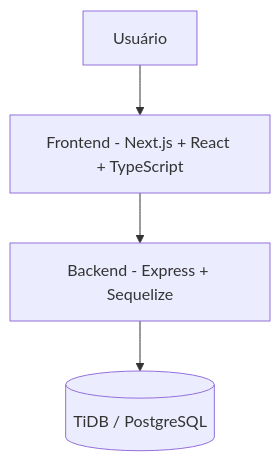
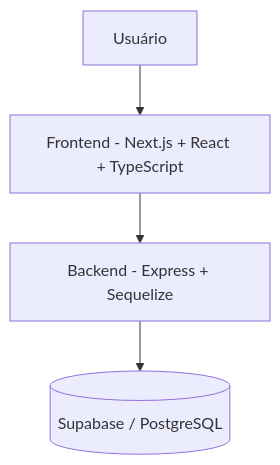
One commit to kadu2229/projeto-networking changed the diagram in Documents/Arquitetura.md. Above: the diagram before and after it, drawn with Mermaid. The commit also changed 15 other files, not shown here.

````diff
--- a/Documents/Arquitetura.md
+++ b/Documents/Arquitetura.md
@@ -5,6 +5,6 @@
 ```mermaid
 graph TD
   A[Usuário] --> B[Frontend - Next.js + React + TypeScript]
   B --> C[Backend - Express + Sequelize]
-  C --> D[(TiDB / PostgreSQL)]
+  C --> D[(Supabase / PostgreSQL)]
 ```
````
